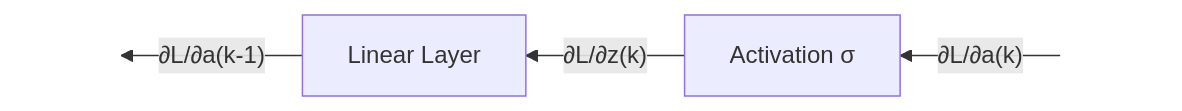
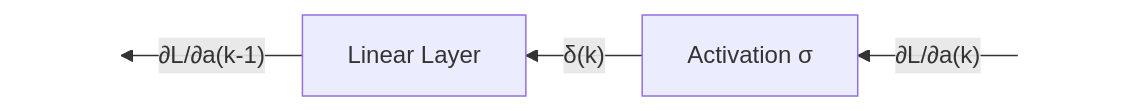
Before and after one commit to PedroNJorge/numpy-mlp-from-scratch: the second of 2 diagrams in docs/index.md, drawn with Mermaid.

````diff
--- a/docs/index.md
+++ b/docs/index.md
@@ -62,8 +62,8 @@
 ```mermaid
 graph RL
   X:::invisible -->|"∂L/∂a(k)"| B["Activation σ"]
-  B -->|"∂L/∂z(k)"| A["Linear Layer"]
+  B -->|"δ(k)"| A["Linear Layer"]
   A -->|"∂L/∂a(k-1)"| Y:::invisible
 
   classDef invisible fill:none,stroke:none,color:white;
 ```
````
